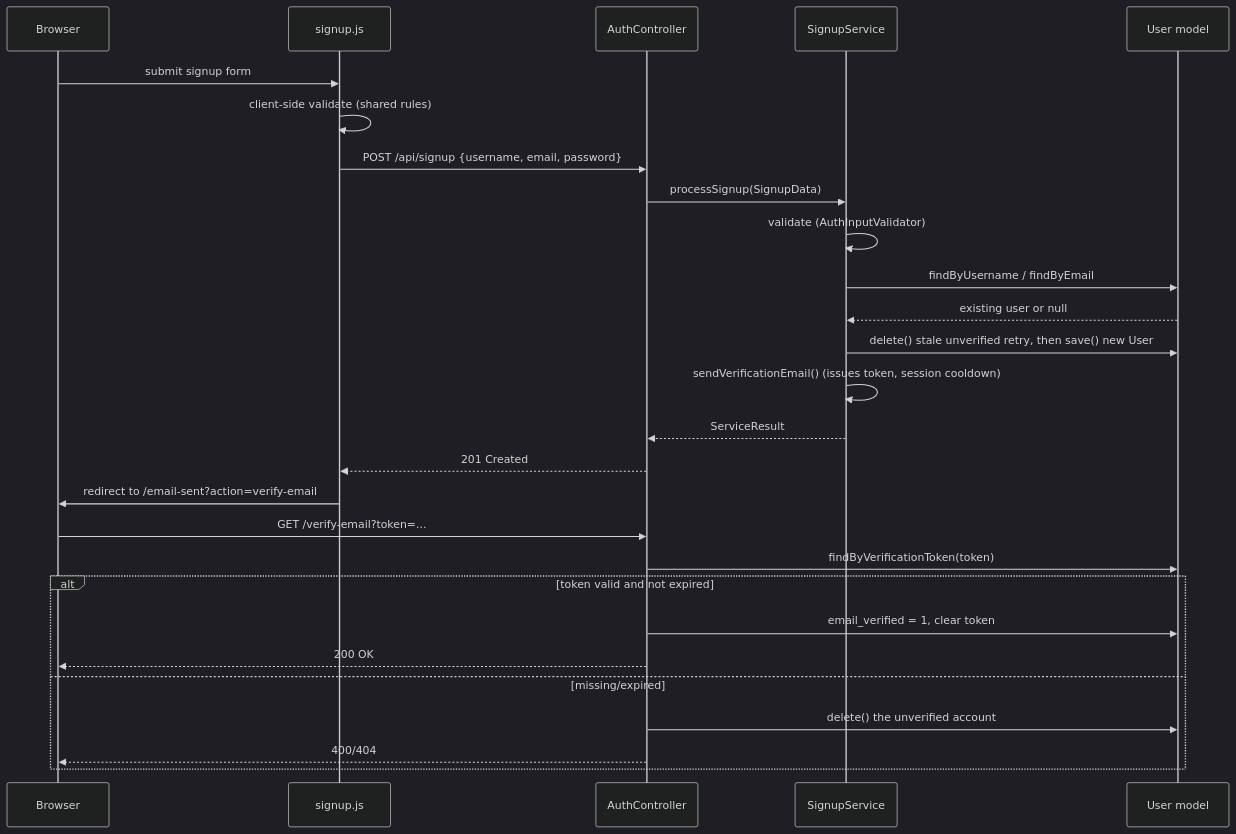
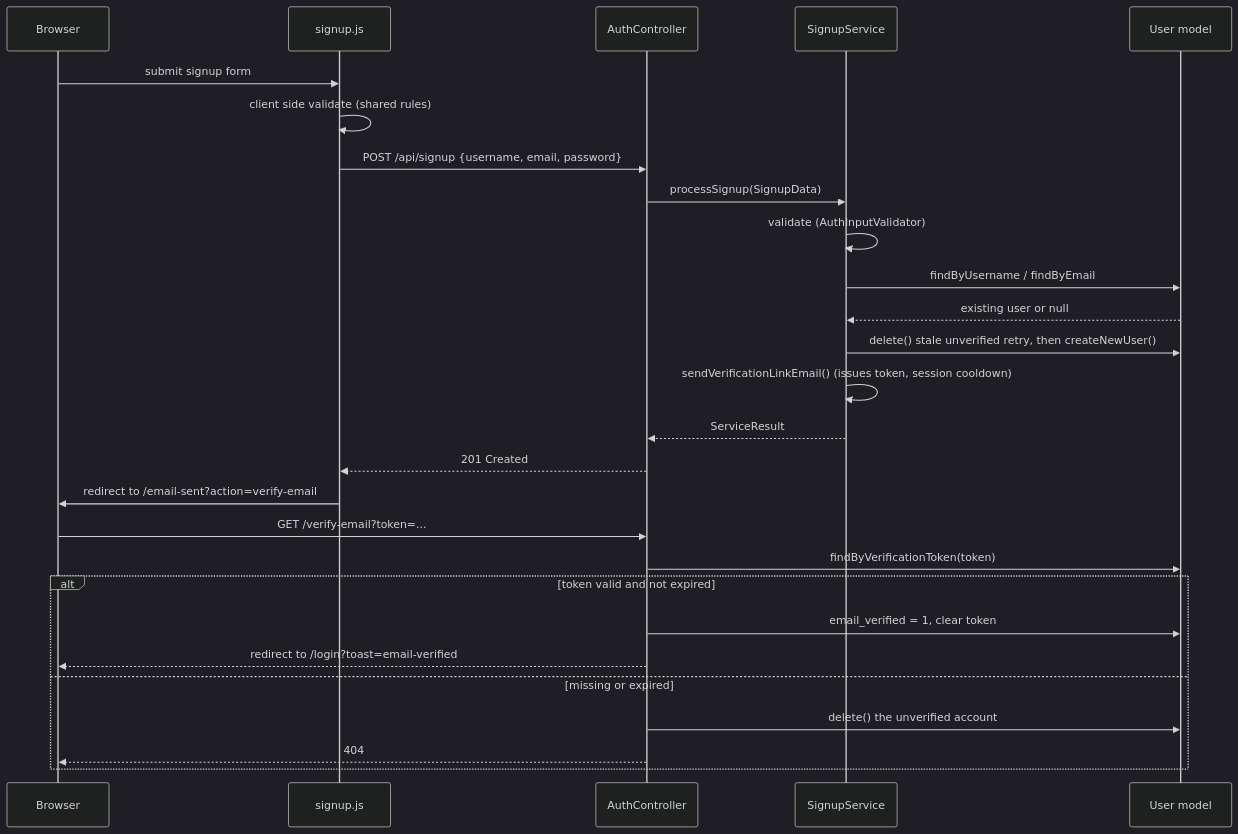
One commit to ysengoku/camagru changed the first of 3 diagrams in doc/AUTH.md. Above: the diagram before and after it, drawn with Mermaid (dark theme). The commit also changed other lines of this file and 2 other files, not shown here.

````diff
--- a/doc/AUTH.md
+++ b/doc/AUTH.md
@@ -59,31 +45,31 @@
 ```mermaid
 sequenceDiagram
     participant U as Browser
     participant JS as signup.js
     participant AC as AuthController
     participant SS as SignupService
     participant DB as User model
 
     U->>JS: submit signup form
-    JS->>JS: client-side validate (shared rules)
+    JS->>JS: client side validate (shared rules)
     JS->>AC: POST /api/signup {username, email, password}
     AC->>SS: processSignup(SignupData)
     SS->>SS: validate (AuthInputValidator)
     SS->>DB: findByUsername / findByEmail
     DB-->>SS: existing user or null
-    SS->>DB: delete() stale unverified retry, then save() new User
-    SS->>SS: sendVerificationEmail() (issues token, session cooldown)
+    SS->>DB: delete() stale unverified retry, then createNewUser()
+    SS->>SS: sendVerificationLinkEmail() (issues token, session cooldown)
     SS-->>AC: ServiceResult
     AC-->>JS: 201 Created
     JS->>U: redirect to /email-sent?action=verify-email
 
     U->>AC: GET /verify-email?token=...
     AC->>DB: findByVerificationToken(token)
     alt token valid and not expired
         AC->>DB: email_verified = 1, clear token
-        AC-->>U: 200 OK
-    else missing/expired
+        AC-->>U: redirect to /login?toast=email-verified
+    else missing or expired
         AC->>DB: delete() the unverified account
-        AC-->>U: 400/404
+        AC-->>U: 404
     end
 ```
````
